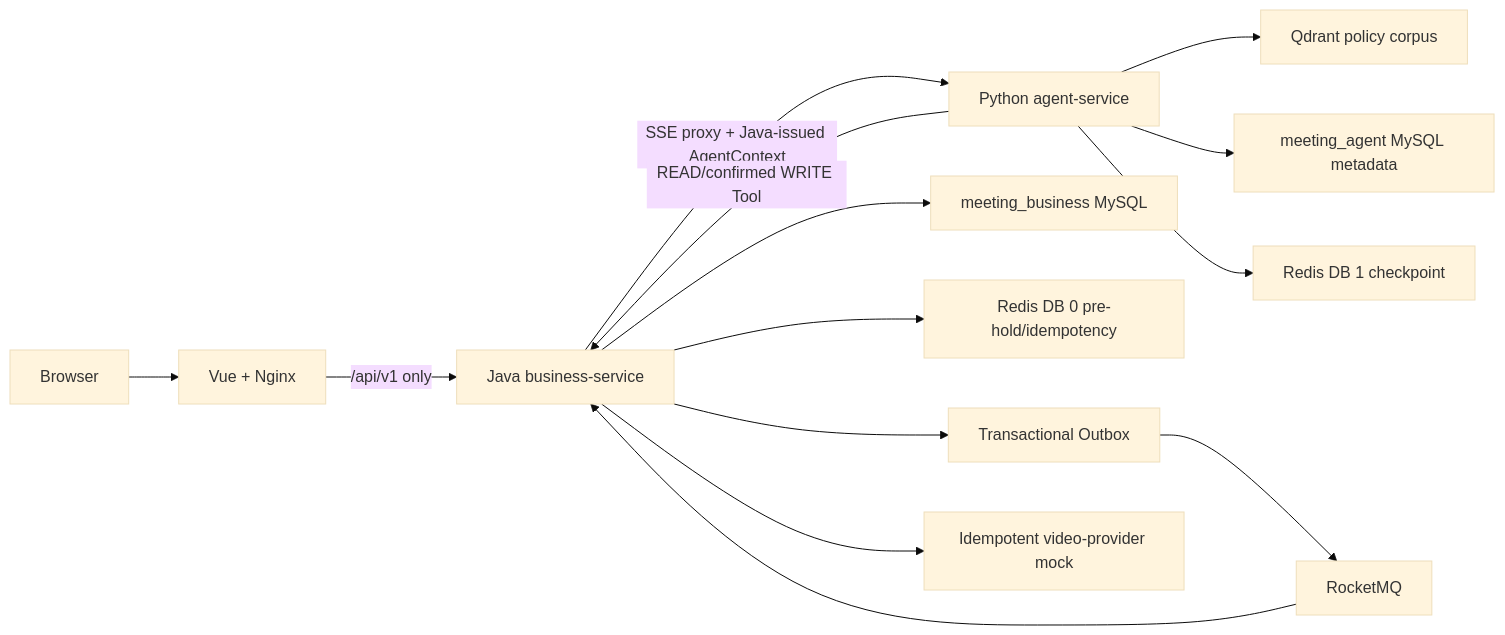
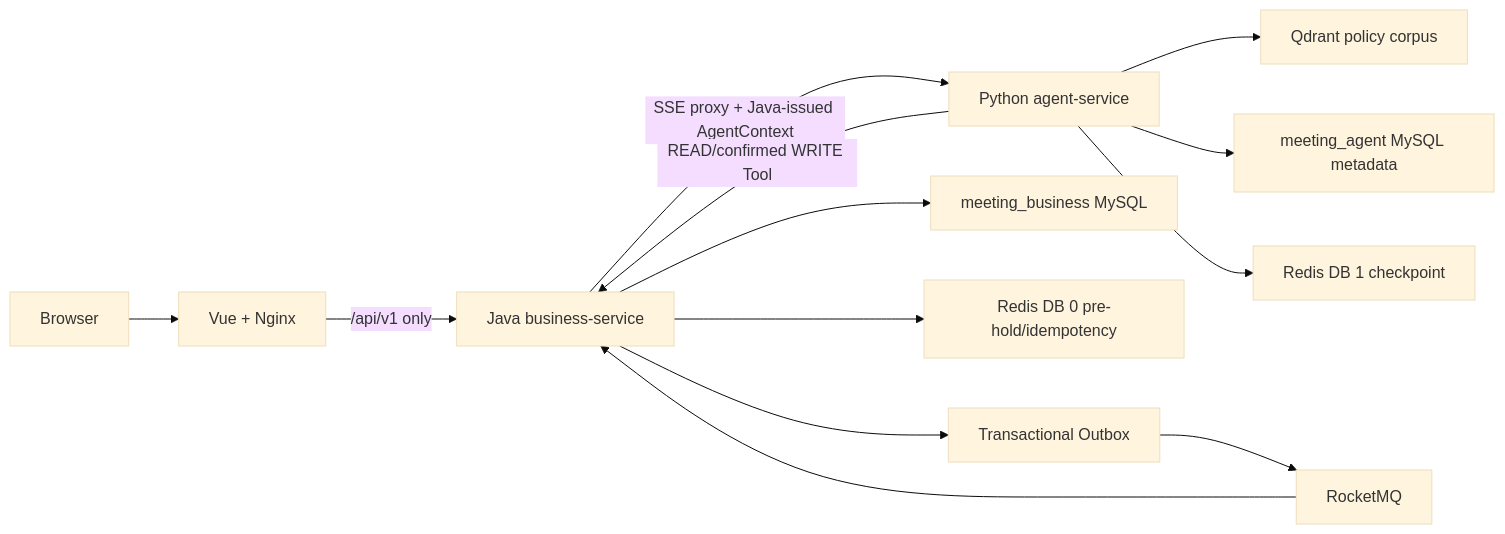
Before and after one commit to Azzzzrael999/WeMe-agent: the first of 2 diagrams in README.md, drawn with Mermaid (base theme). The commit also changed other lines of this file and 53 other files, not shown here.

Commit message:
refactor: remove video conference mock

````diff
--- a/README.md
+++ b/README.md
@@ -16,16 +16,15 @@
 ```mermaid
 flowchart LR
     U["Browser"] --> F["Vue + Nginx"]
     F -->|"/api/v1 only"| J["Java business-service"]
     J -->|"SSE proxy + Java-issued AgentContext"| P["Python agent-service"]
     P -->|"READ/confirmed WRITE Tool"| J
     P --> Q["Qdrant policy corpus"]
     P --> AR["meeting_agent MySQL metadata"]
     P --> RC["Redis DB 1 checkpoint"]
     J --> MB["meeting_business MySQL"]
     J --> R0["Redis DB 0 pre-hold/idempotency"]
     J --> O["Transactional Outbox"]
     O --> MQ["RocketMQ"]
     MQ --> J
-    J --> V["Idempotent video-provider mock"]
 ```
````
